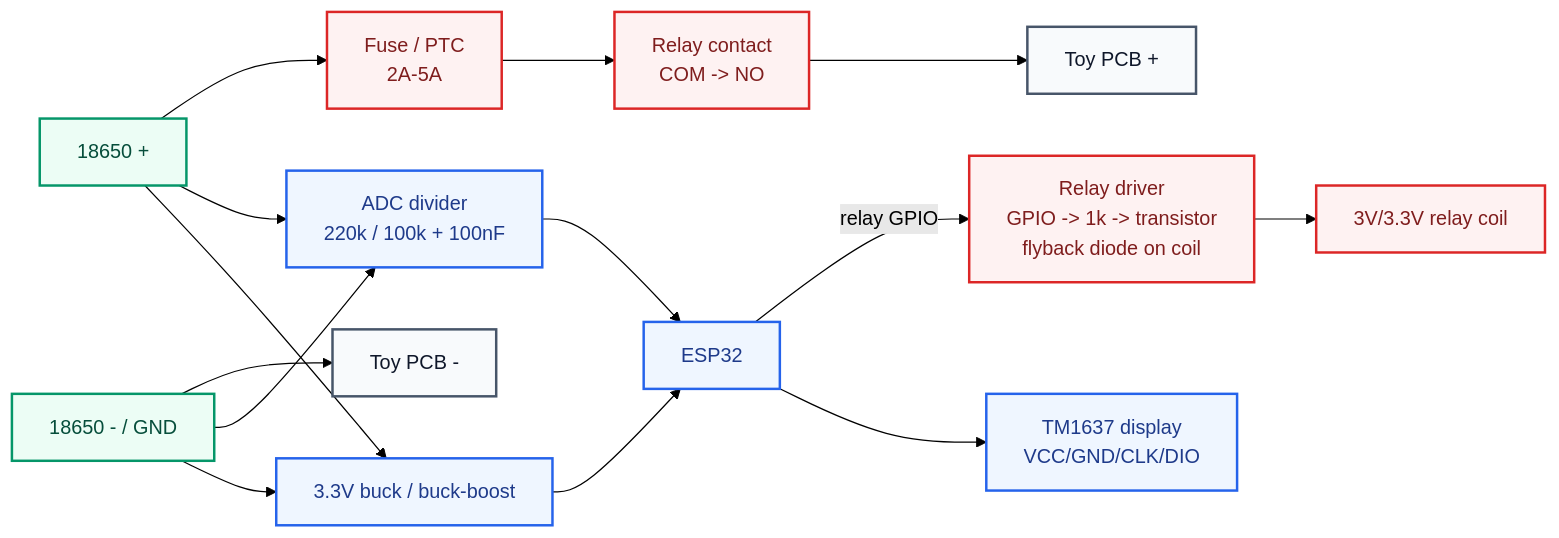
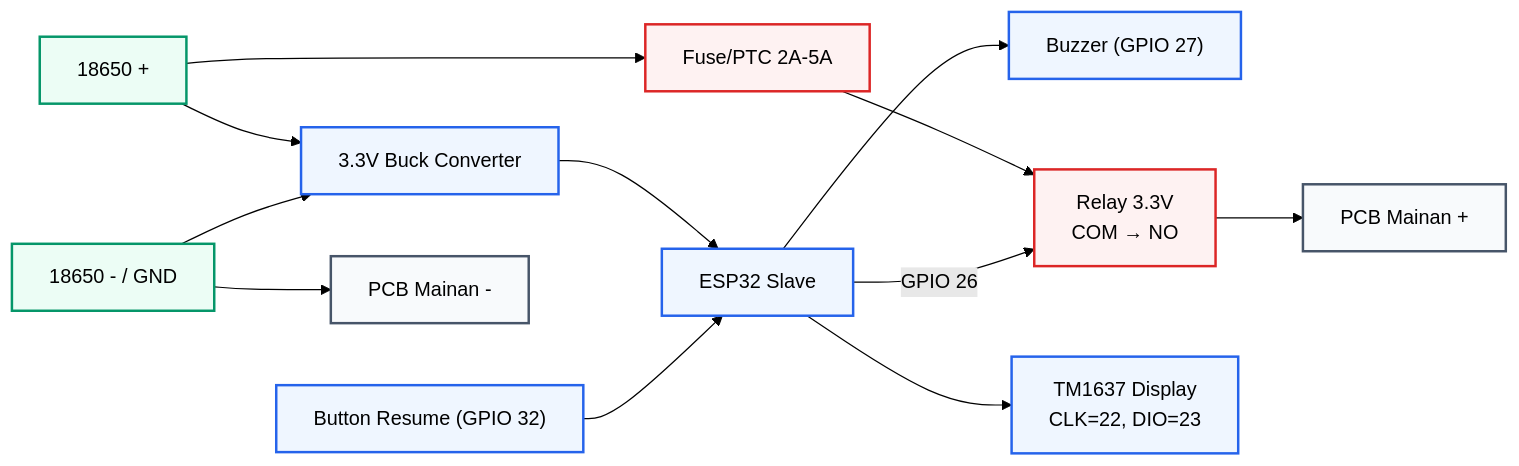
The second of 7 diagrams in docs/MERMAID_DIAGRAMS.md (trefeon/excavator-rental-timer), drawn with Mermaid (forest theme) before and after one commit. The commit also changed other lines of this file and 12 other files, not shown here.

Commit message:
feat: migrate from BLE direct to Wi-Fi Master-Slave architecture for excavator rental timer module

````diff
--- a/docs/MERMAID_DIAGRAMS.md
+++ b/docs/MERMAID_DIAGRAMS.md
@@ -39,35 +51,33 @@
 ```mermaid
 flowchart LR
   batteryPlus["18650 +"]
   batteryMinus["18650 - / GND"]
-  regulator["3.3V buck / buck-boost"]
-  esp["ESP32"]
-  adc["ADC divider<br/>220k / 100k + 100nF"]
-  driver["Relay driver<br/>GPIO -> 1k -> transistor<br/>flyback diode on coil"]
-  relayCoil["3V/3.3V relay coil"]
-  fuse["Fuse / PTC<br/>2A-5A"]
-  relayContact["Relay contact<br/>COM -> NO"]
-  toyPlus["Toy PCB +"]
-  toyMinus["Toy PCB -"]
-  display["TM1637 display<br/>VCC/GND/CLK/DIO"]
+  regulator["3.3V Buck Converter"]
+  esp["ESP32 Slave"]
+  buzzer["Buzzer (GPIO 27)"]
+  button["Button Resume (GPIO 32)"]
+  fuse["Fuse/PTC 2A-5A"]
+  relay["Relay 3.3V<br/>COM → NO"]
+  toyPlus["PCB Mainan +"]
+  toyMinus["PCB Mainan -"]
+  display["TM1637 Display<br/>CLK=22, DIO=23"]
 
   batteryPlus --> regulator --> esp
   batteryMinus --> regulator
+  esp --> buzzer
+  button --> esp
   esp --> display
-  batteryPlus --> adc --> esp
-  batteryMinus --> adc
+  batteryPlus --> fuse --> relay --> toyPlus
+  batteryMinus --> toyMinus
+  esp -- "GPIO 26" --> relay
 
-  esp -- "relay GPIO" --> driver --> relayCoil
-  batteryPlus --> fuse --> relayContact --> toyPlus
-  batteryMinus --> toyMinus
+  classDef batt fill:#ecfdf5,stroke:#059669,stroke-width:2px
+  classDef logic fill:#eff6ff,stroke:#2563eb,stroke-width:2px
+  classDef switch fill:#fef2f2,stroke:#dc2626,stroke-width:2px
+  classDef load fill:#f8fafc,stroke:#475569,stroke-width:2px
 
-  classDef batt fill:#ecfdf5,stroke:#059669,stroke-width:2px,color:#064e3b;
-  classDef logic fill:#eff6ff,stroke:#2563eb,stroke-width:2px,color:#1e3a8a;
-  classDef switch fill:#fef2f2,stroke:#dc2626,stroke-width:2px,color:#7f1d1d;
-  classDef load fill:#f8fafc,stroke:#475569,stroke-width:2px,color:#0f172a;
-
-  class batteryPlus,batteryMinus batt;
-  class regulator,esp,adc,display logic;
-  class driver,relayCoil,fuse,relayContact switch;
-  class toyPlus,toyMinus load;
+  class batteryPlus,batteryMinus batt
+  class regulator,esp,buzzer,button,display logic
+  class fuse,relay switch
+  class toyPlus,toyMinus load
 ```
````
